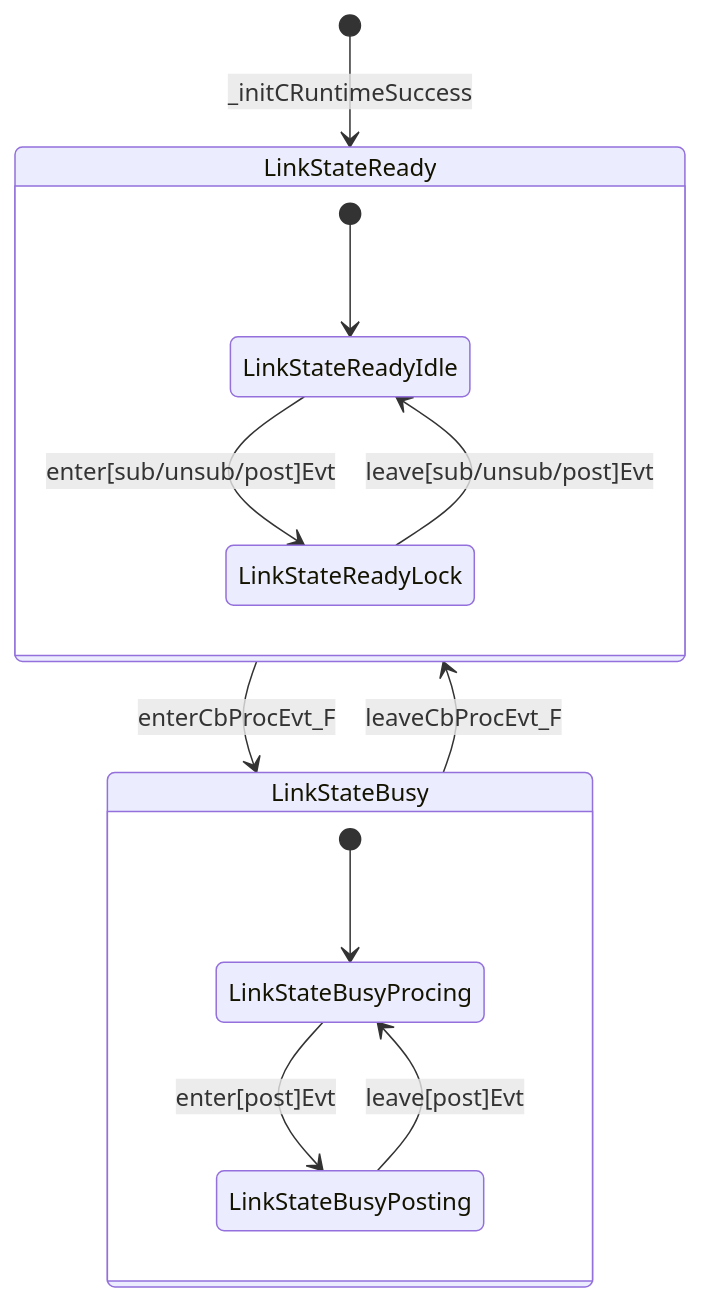
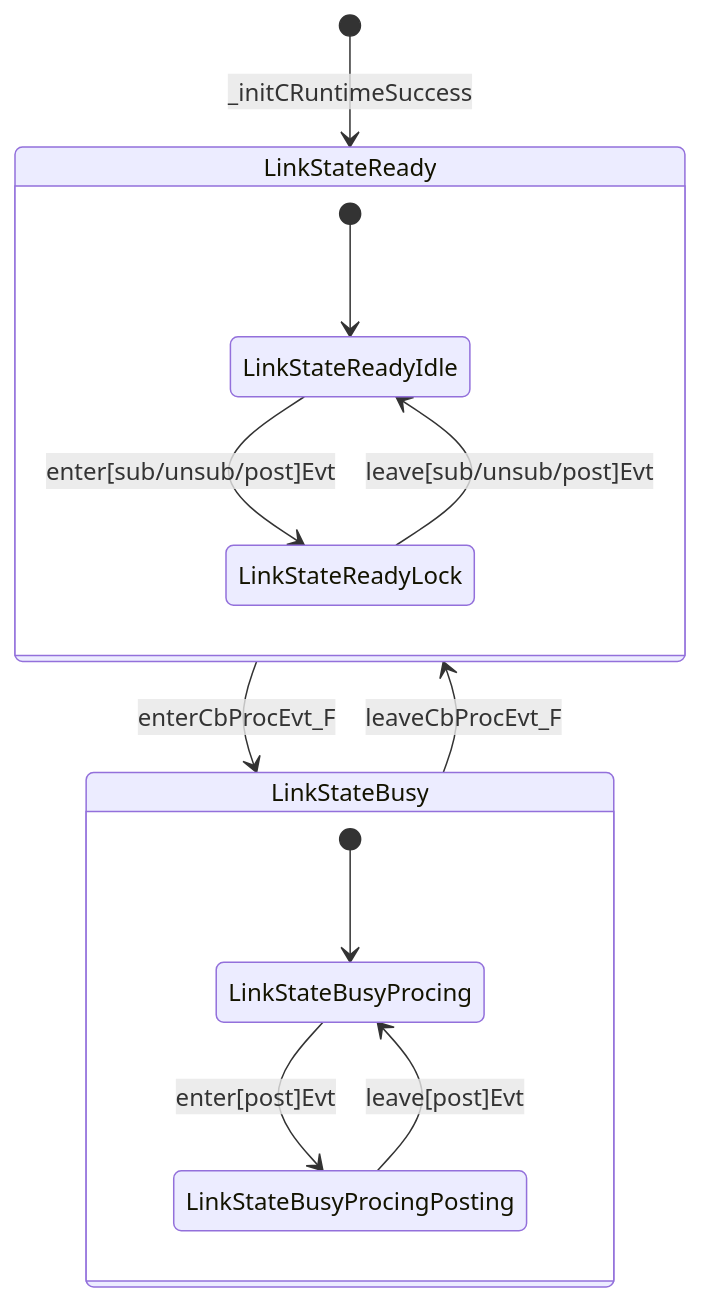
Before and after one commit to EnigmaWU/MyIOC_inTDD_withGHC: the diagram in README.md, drawn with Mermaid.

Commit message:
Refactor LinkStateBusyProcing to LinkStateBusyProcingPosting

````diff
--- a/README.md
+++ b/README.md
@@ -78,19 +78,19 @@
 ```mermaid
 stateDiagram-v2
   [*] --> LinkStateReady: _initCRuntimeSuccess
   LinkStateReady --> LinkStateBusy: enterCbProcEvt_F
   LinkStateBusy --> LinkStateReady: leaveCbProcEvt_F
   state LinkStateReady
   {
     [*] --> LinkStateReadyIdle
     LinkStateReadyIdle --> LinkStateReadyLock: enter[sub/unsub/post]Evt
     LinkStateReadyLock --> LinkStateReadyIdle: leave[sub/unsub/post]Evt
   }
   state LinkStateBusy
   {
     [*] --> LinkStateBusyProcing
-    LinkStateBusyProcing --> LinkStateBusyPosting: enter[post]Evt
-    LinkStateBusyPosting --> LinkStateBusyProcing: leave[post]Evt
+    LinkStateBusyProcing --> LinkStateBusyProcingPosting: enter[post]Evt
+    LinkStateBusyProcingPosting --> LinkStateBusyProcing: leave[post]Evt
   }
   
 ```
````
